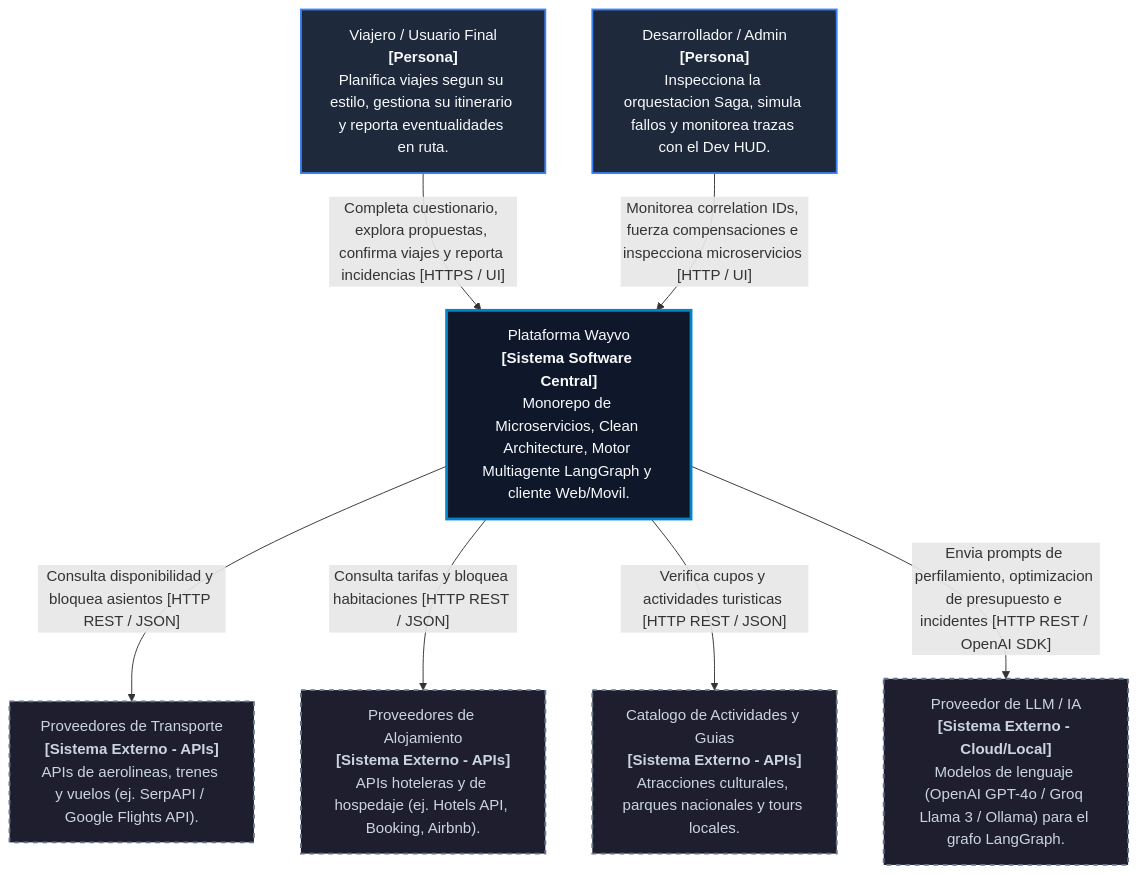
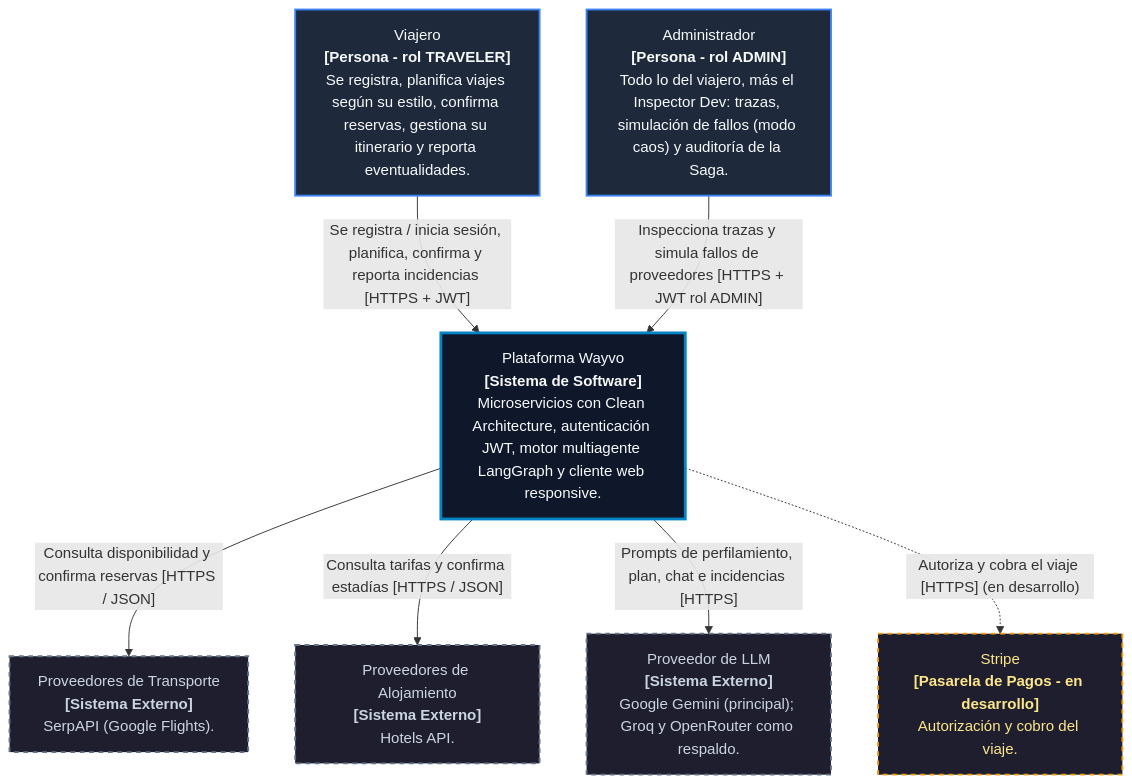
One commit to ALEXYSALCED0/Wayvo changed the diagram in docs/c4/c4-level1-context.md. Above: the diagram before and after it, drawn with Mermaid. The commit also changed other lines of this file and 4 other files, not shown here.

First line of the commit message:
Docs: README y C4 actualizados para la entrega final

````diff
--- a/docs/c4/c4-level1-context.md
+++ b/docs/c4/c4-level1-context.md
@@ -14,28 +17,29 @@
 ```mermaid
 flowchart TD
     classDef person fill:#1e293b,stroke:#3b82f6,stroke-width:2px,color:#f8fafc;
     classDef system fill:#0f172a,stroke:#0284c7,stroke-width:3px,color:#f8fafc;
     classDef external fill:#1e1e2f,stroke:#64748b,stroke-width:2px,stroke-dasharray: 5 5,color:#cbd5e1;
+    classDef pending fill:#1e1e2f,stroke:#f59e0b,stroke-width:2px,stroke-dasharray: 5 5,color:#fde68a;
 
     %% Actores
-    Viajero["Viajero / Usuario Final<br/><b>[Persona]</b><br/>Planifica viajes segun su estilo, gestiona su itinerario y reporta eventualidades en ruta."]:::person
-    AdminDev["Desarrollador / Admin<br/><b>[Persona]</b><br/>Inspecciona la orquestacion Saga, simula fallos y monitorea trazas con el Dev HUD."]:::person
+    Viajero["Viajero<br/><b>[Persona - rol TRAVELER]</b><br/>Se registra, planifica viajes según su estilo, confirma reservas, gestiona su itinerario y reporta eventualidades."]:::person
+    Admin["Administrador<br/><b>[Persona - rol ADMIN]</b><br/>Todo lo del viajero, más el Inspector Dev: trazas, simulación de fallos (modo caos) y auditoría de la Saga."]:::person
 
     %% Sistema Central
-    WayvoSystem["Plataforma Wayvo<br/><b>[Sistema Software Central]</b><br/>Monorepo de Microservicios, Clean Architecture, Motor Multiagente LangGraph y cliente Web/Movil."]:::system
+    WayvoSystem["Plataforma Wayvo<br/><b>[Sistema de Software]</b><br/>Microservicios con Clean Architecture, autenticación JWT, motor multiagente LangGraph y cliente web responsive."]:::system
 
     %% Sistemas Externos
-    APITransporte["Proveedores de Transporte<br/><b>[Sistema Externo - APIs]</b><br/>APIs de aerolineas, trenes y vuelos (ej. SerpAPI / Google Flights API)."]:::external
-    APIAlojamiento["Proveedores de Alojamiento<br/><b>[Sistema Externo - APIs]</b><br/>APIs hoteleras y de hospedaje (ej. Hotels API, Booking, Airbnb)."]:::external
-    APIActividades["Catalogo de Actividades y Guias<br/><b>[Sistema Externo - APIs]</b><br/>Atracciones culturales, parques nacionales y tours locales."]:::external
-    LLMProvider["Proveedor de LLM / IA<br/><b>[Sistema Externo - Cloud/Local]</b><br/>Modelos de lenguaje (OpenAI GPT-4o / Groq Llama 3 / Ollama) para el grafo LangGraph."]:::external
+    APITransporte["Proveedores de Transporte<br/><b>[Sistema Externo]</b><br/>SerpAPI (Google Flights)."]:::external
+    APIAlojamiento["Proveedores de Alojamiento<br/><b>[Sistema Externo]</b><br/>Hotels API."]:::external
+    LLMProvider["Proveedor de LLM<br/><b>[Sistema Externo]</b><br/>Google Gemini (principal); Groq y OpenRouter como respaldo."]:::external
+    Stripe["Stripe<br/><b>[Pasarela de Pagos - en desarrollo]</b><br/>Autorización y cobro del viaje."]:::pending
 
     %% Relaciones
-    Viajero -->|"Completa cuestionario, explora propuestas, confirma viajes y reporta incidencias [HTTPS / UI]"| WayvoSystem
-    AdminDev -->|"Monitorea correlation IDs, fuerza compensaciones e inspecciona microservicios [HTTP / UI]"| WayvoSystem
+    Viajero -->|"Se registra / inicia sesión, planifica, confirma y reporta incidencias [HTTPS + JWT]"| WayvoSystem
+    Admin -->|"Inspecciona trazas y simula fallos de proveedores [HTTPS + JWT rol ADMIN]"| WayvoSystem
 
-    WayvoSystem -->|"Consulta disponibilidad y bloquea asientos [HTTP REST / JSON]"| APITransporte
-    WayvoSystem -->|"Consulta tarifas y bloquea habitaciones [HTTP REST / JSON]"| APIAlojamiento
-    WayvoSystem -->|"Verifica cupos y actividades turisticas [HTTP REST / JSON]"| APIActividades
-    WayvoSystem -->|"Envia prompts de perfilamiento, optimizacion de presupuesto e incidentes [HTTP REST / OpenAI SDK]"| LLMProvider
+    WayvoSystem -->|"Consulta disponibilidad y confirma reservas [HTTPS / JSON]"| APITransporte
+    WayvoSystem -->|"Consulta tarifas y confirma estadías [HTTPS / JSON]"| APIAlojamiento
+    WayvoSystem -->|"Prompts de perfilamiento, plan, chat e incidencias [HTTPS]"| LLMProvider
+    WayvoSystem -.->|"Autoriza y cobra el viaje [HTTPS] (en desarrollo)"| Stripe
 ```
````
